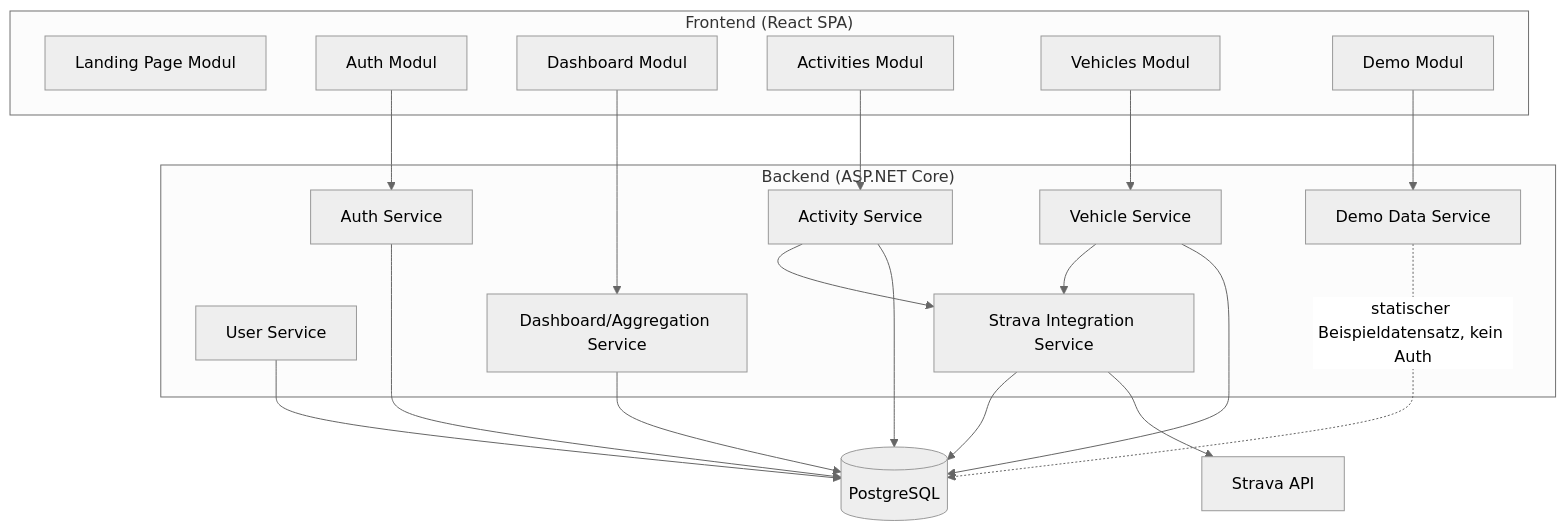
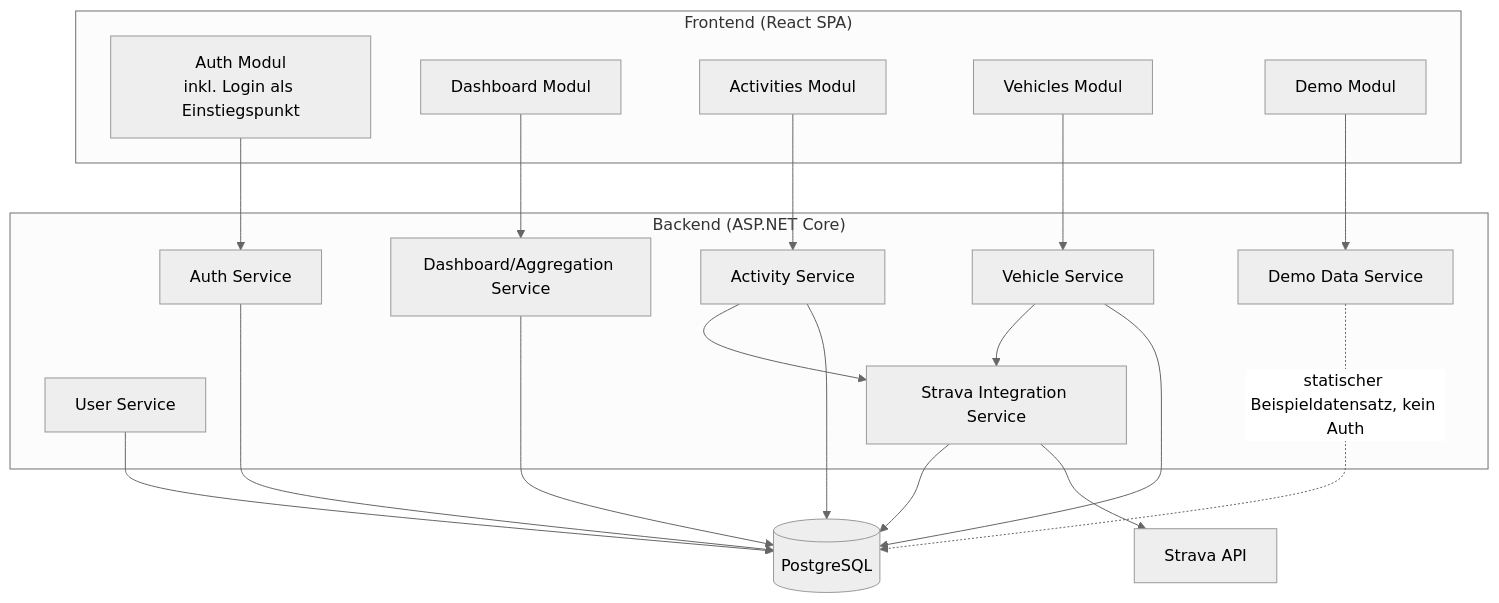
The seventh of 7 diagrams in docs/athlify_concept.md (NRG-Drink/athlify), drawn with Mermaid (neutral theme) before and after one commit. The commit also changed other lines of this file and 3 other files, not shown here.

````diff
--- a/docs/athlify_concept.md
+++ b/docs/athlify_concept.md
@@ -1093,38 +1122,37 @@
 ```mermaid
 flowchart TB
     subgraph "Frontend (React SPA)"
-        LP[Landing Page Modul]
-        AUTH_FE[Auth Modul]
+        AUTH_FE[Auth Modul<br/>inkl. Login als Einstiegspunkt]
         DASH[Dashboard Modul]
         ACT[Activities Modul]
         VEH[Vehicles Modul]
         DEMO_FE[Demo Modul]
     end
     subgraph "Backend (ASP.NET Core)"
         AUTH_BE[Auth Service]
         USR[User Service]
         ACT_BE[Activity Service]
         VEH_BE[Vehicle Service]
         DASH_BE[Dashboard/Aggregation Service]
         STRAVA[Strava Integration Service]
         DEMO_BE[Demo Data Service]
     end
     DB[(PostgreSQL)]
     EXT[Strava API]
 
     AUTH_FE --> AUTH_BE
     DASH --> DASH_BE
     ACT --> ACT_BE
     VEH --> VEH_BE
     DEMO_FE --> DEMO_BE
     AUTH_BE --> DB
     USR --> DB
     ACT_BE --> DB
     VEH_BE --> DB
     DASH_BE --> DB
     STRAVA --> EXT
     STRAVA --> DB
     ACT_BE --> STRAVA
     VEH_BE --> STRAVA
     DEMO_BE -.->|statischer Beispieldatensatz, kein Auth| DB
 ```
````
